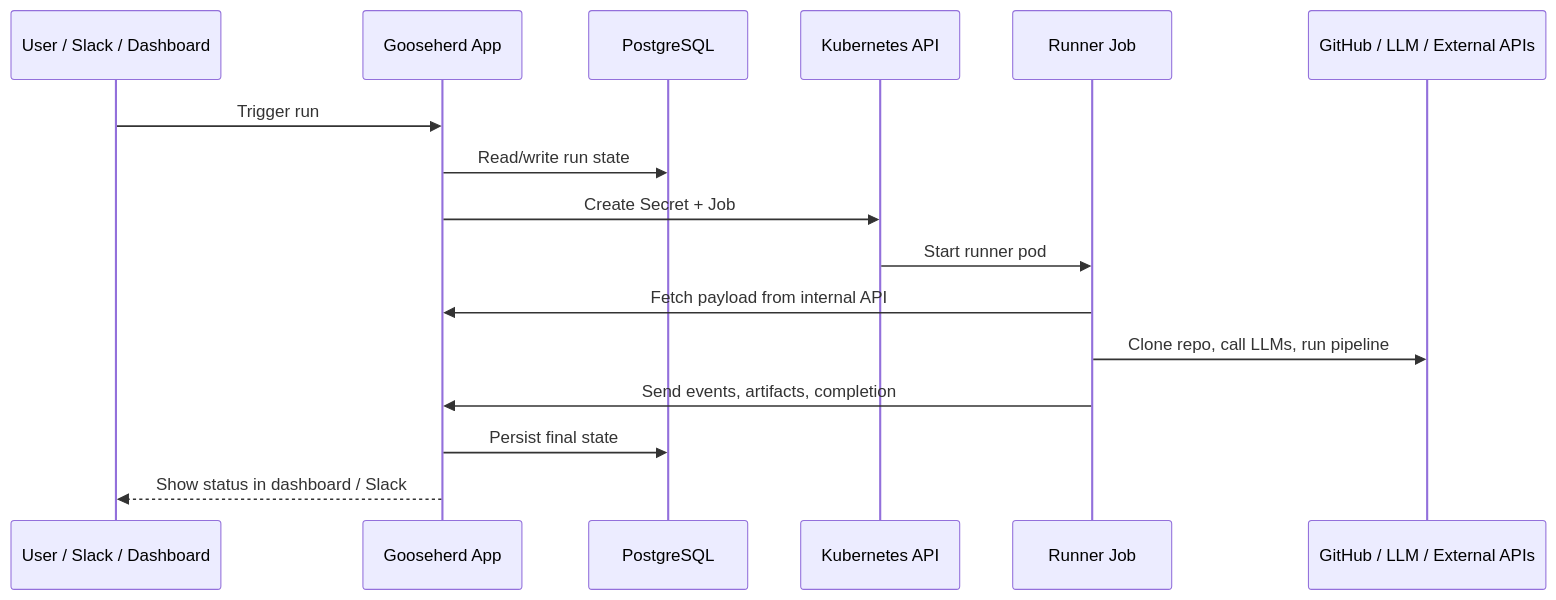
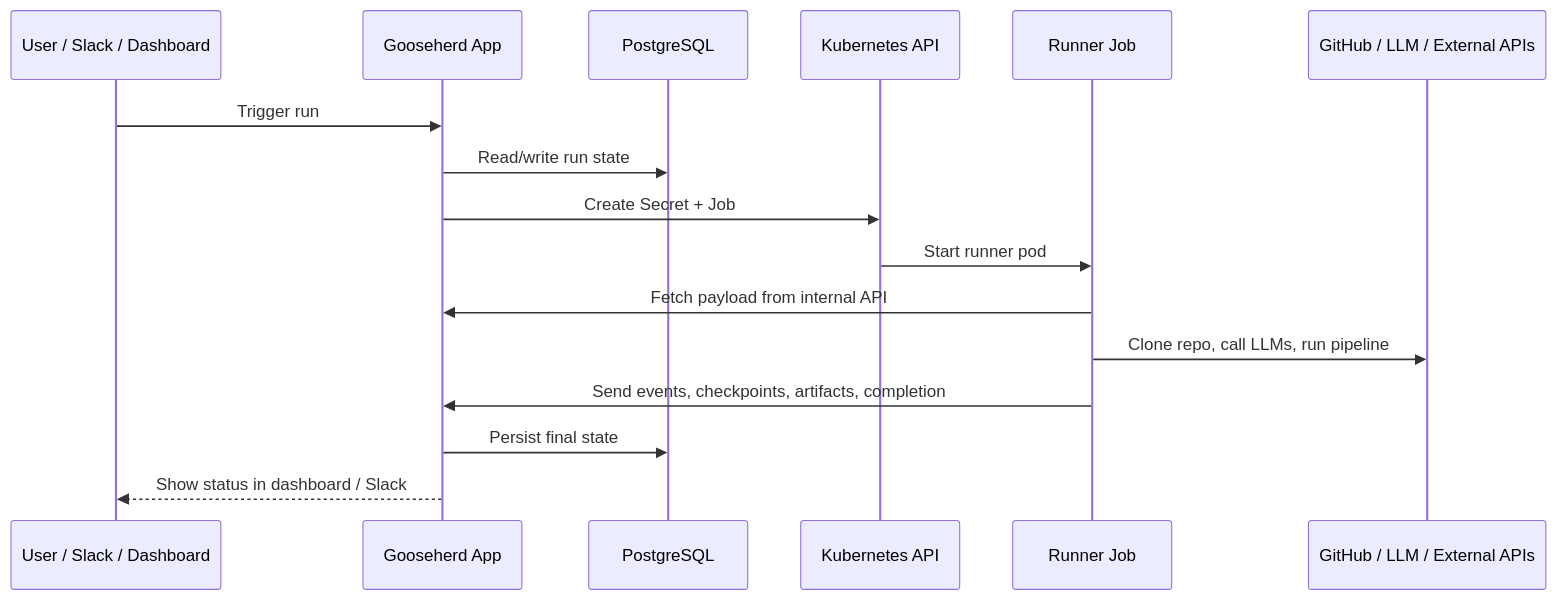
One commit to Chocksy/gooseherd changed the first of 2 diagrams in docs/installation-kubernetes.md. Above: the diagram before and after it, drawn with Mermaid. The commit also changed other lines of this file and 39 other files, not shown here.

````diff
--- a/docs/installation-kubernetes.md
+++ b/docs/installation-kubernetes.md
@@ -39,19 +39,19 @@
 ```mermaid
 sequenceDiagram
     participant User as User / Slack / Dashboard
     participant GH as Gooseherd App
     participant DB as PostgreSQL
     participant K8s as Kubernetes API
     participant Job as Runner Job
     participant Ext as GitHub / LLM / External APIs
 
     User->>GH: Trigger run
     GH->>DB: Read/write run state
     GH->>K8s: Create Secret + Job
     K8s->>Job: Start runner pod
     Job->>GH: Fetch payload from internal API
     Job->>Ext: Clone repo, call LLMs, run pipeline
-    Job->>GH: Send events, artifacts, completion
+    Job->>GH: Send events, checkpoints, artifacts, completion
     GH->>DB: Persist final state
     GH-->>User: Show status in dashboard / Slack
 ```
````
